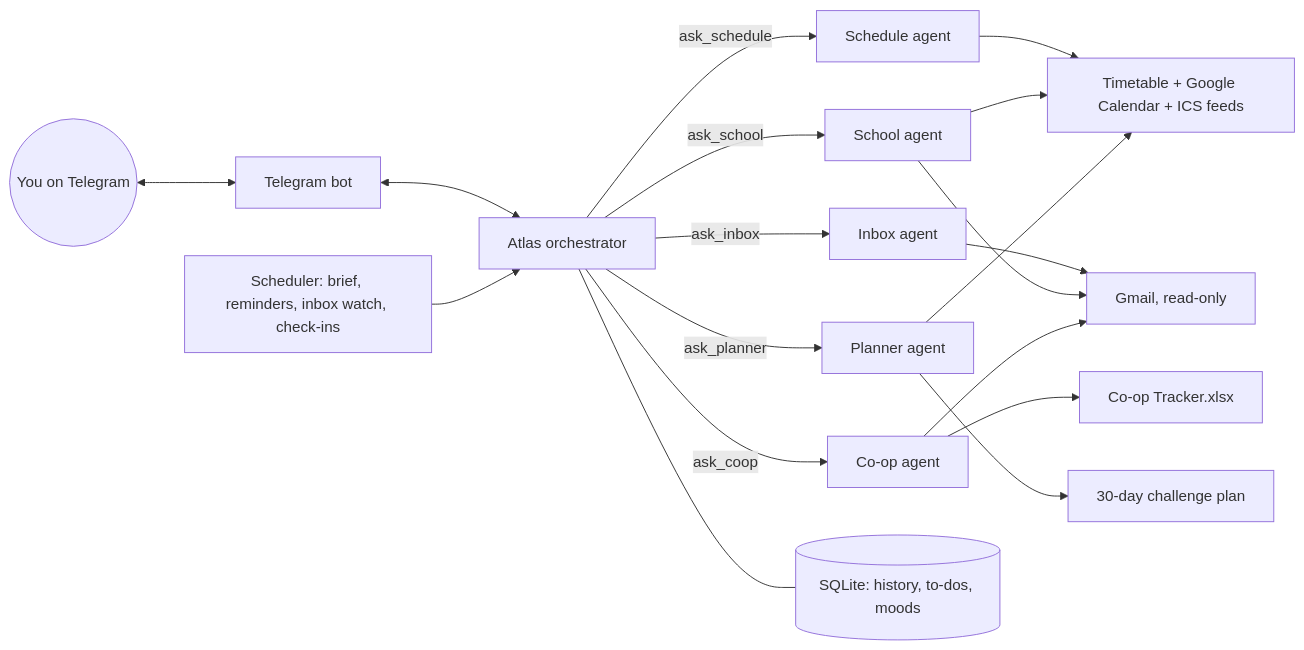
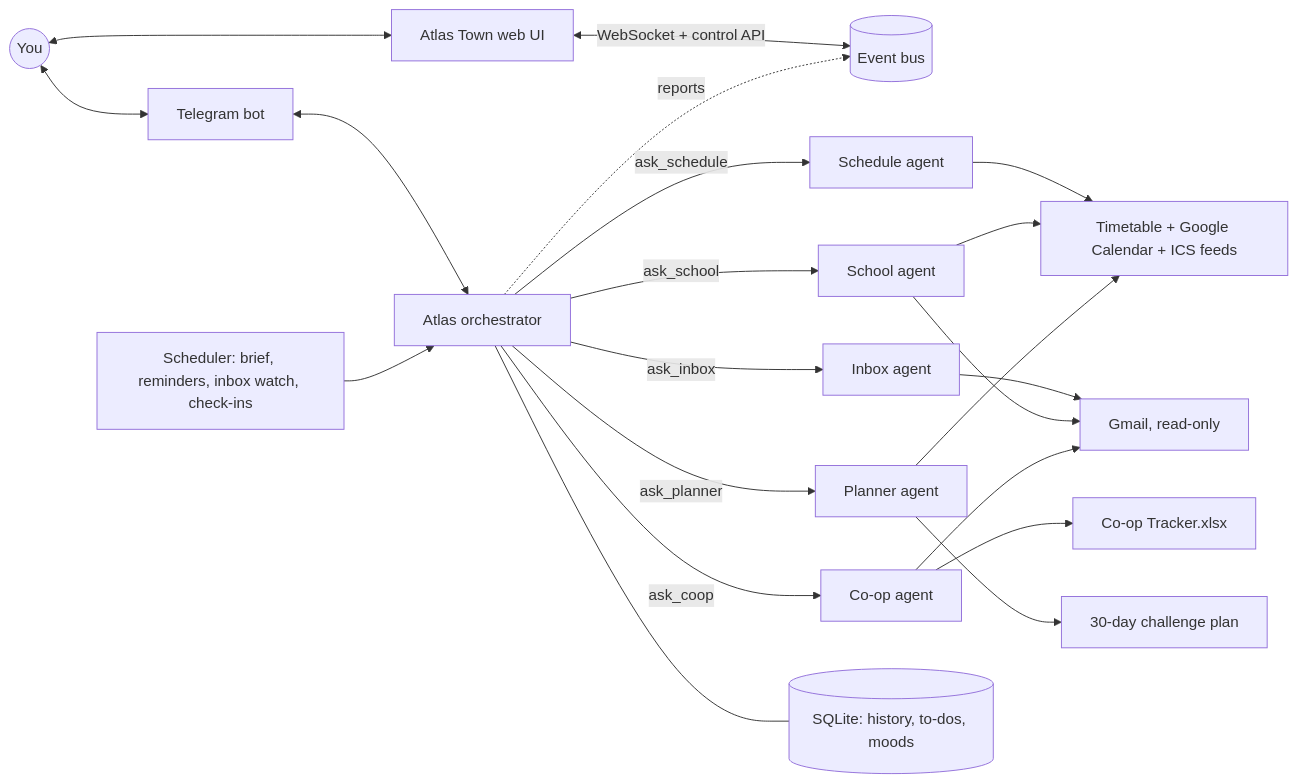
One commit to Abderahman112/atlas changed the diagram in README.md. Above: the diagram before and after it, drawn with Mermaid. The commit also changed other lines of this file and 29 other files, not shown here.

First line of the commit message:
Atlas Town: live pixel-town UI to watch and control the agents

````diff
--- a/README.md
+++ b/README.md
@@ -8,16 +9,19 @@
 ```mermaid
 flowchart LR
-  you((You on Telegram)) <--> bot[Telegram bot]
+  you((You)) <--> bot[Telegram bot]
+  you <--> town[Atlas Town web UI]
   bot <--> atlas[Atlas orchestrator]
+  town <-->|WebSocket + control API| bus[(Event bus)]
+  atlas -.reports.-> bus
   jobs[Scheduler: brief, reminders, inbox watch, check-ins] --> atlas
   atlas -->|ask_schedule| sch[Schedule agent]
   atlas -->|ask_inbox| inb[Inbox agent]
   atlas -->|ask_school| scl[School agent]
   atlas -->|ask_coop| coop[Co-op agent]
   atlas -->|ask_planner| pln[Planner agent]
   atlas --- db[(SQLite: history, to-dos, moods)]
   sch & scl & pln --> cal[Timetable + Google Calendar + ICS feeds]
   inb & scl & coop --> gmail[Gmail, read-only]
   coop --> xlsx[Co-op Tracker.xlsx]
   pln --> ch[30-day challenge plan]
 ```
````
